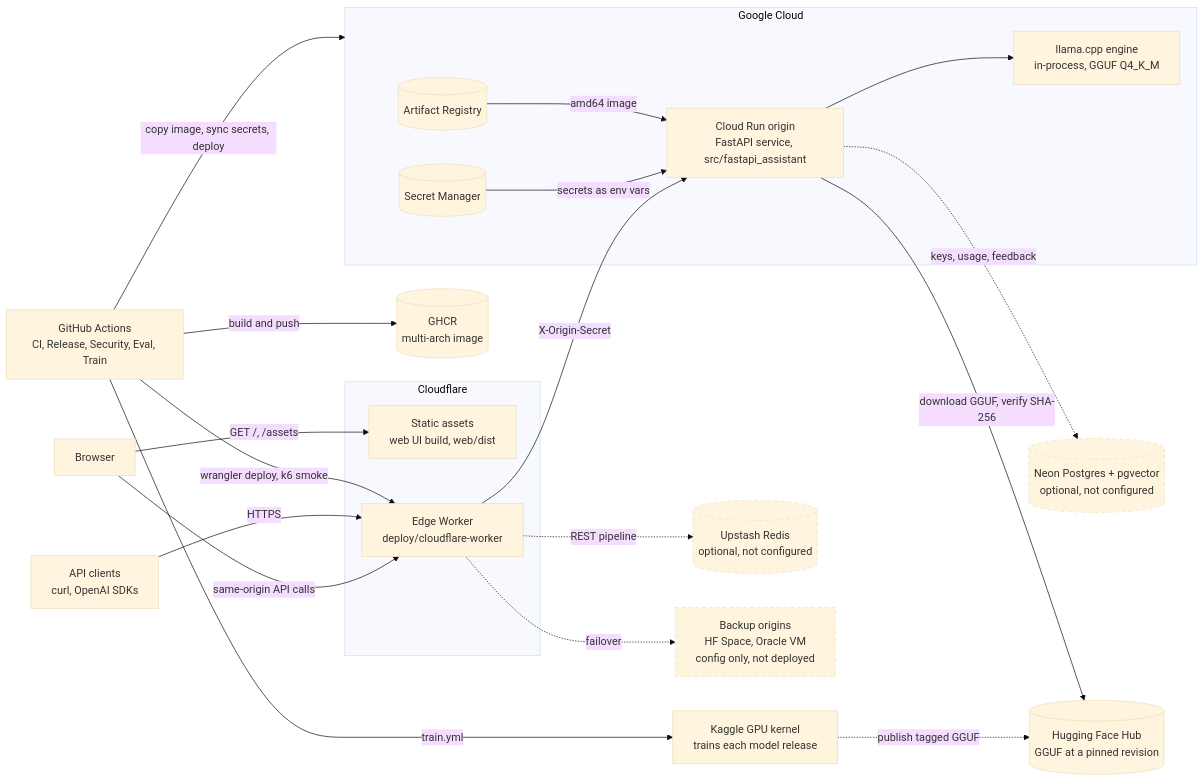
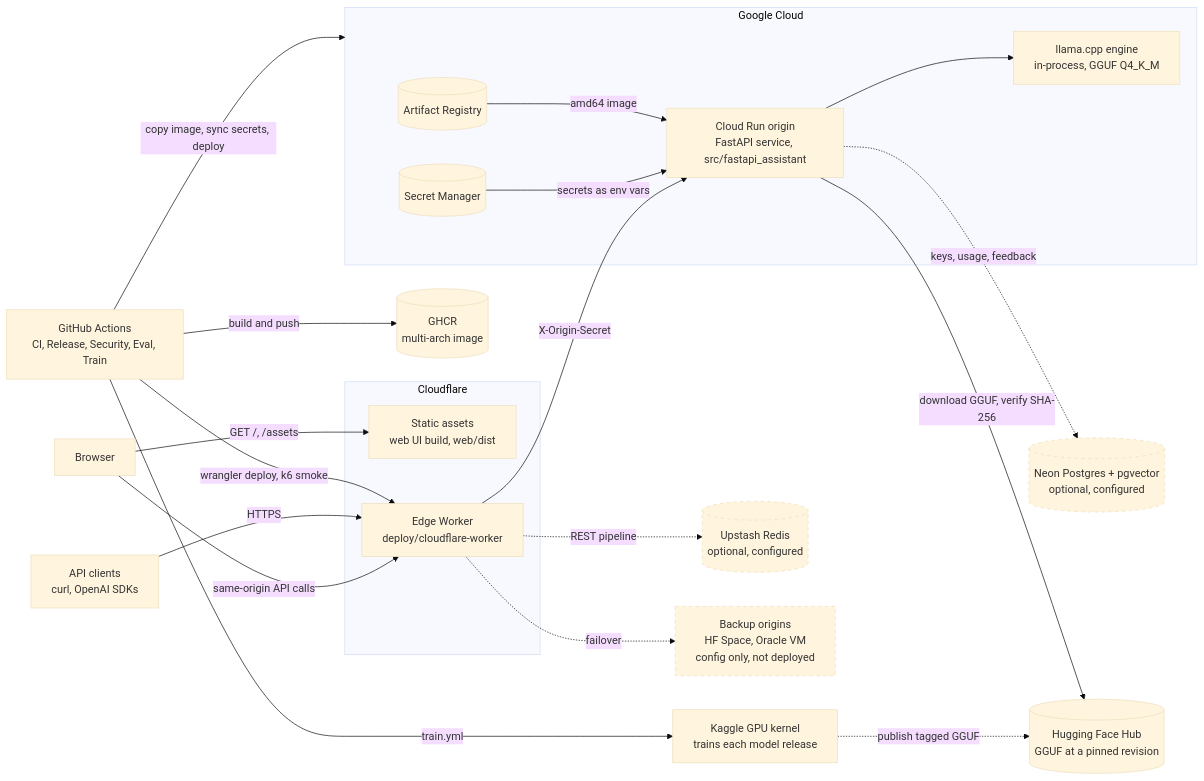
One commit to syed-waleed-ahmed/Niche-Finetuned-Model changed the diagram in docs/architecture/SYSTEM_ARCHITECTURE.md. Above: the diagram before and after it, drawn with Mermaid (base theme). The commit also changed 11 other files, not shown here.

First line of the commit message:
Docs: Upstash, Neon and Grafana Cloud are live

````diff
--- a/docs/architecture/SYSTEM_ARCHITECTURE.md
+++ b/docs/architecture/SYSTEM_ARCHITECTURE.md
@@ -44,46 +44,46 @@
 ```mermaid
 flowchart LR
     Client["API clients<br/>curl, OpenAI SDKs"]
     Browser["Browser"]
 
     subgraph CF["Cloudflare"]
         Assets["Static assets<br/>web UI build, web/dist"]
         Worker["Edge Worker<br/>deploy/cloudflare-worker"]
     end
 
-    Redis[("Upstash Redis<br/>optional, not configured")]
+    Redis[("Upstash Redis<br/>optional, configured")]
     Backup["Backup origins<br/>HF Space, Oracle VM<br/>config only, not deployed"]
 
     subgraph GCP["Google Cloud"]
         Run["Cloud Run origin<br/>FastAPI service, src/fastapi_assistant"]
         Engine["llama.cpp engine<br/>in-process, GGUF Q4_K_M"]
         SM[("Secret Manager")]
         AR[("Artifact Registry")]
     end
 
-    PG[("Neon Postgres + pgvector<br/>optional, not configured")]
+    PG[("Neon Postgres + pgvector<br/>optional, configured")]
     Hub[("Hugging Face Hub<br/>GGUF at a pinned revision")]
     GHA["GitHub Actions<br/>CI, Release, Security, Eval, Train"]
     GHCR[("GHCR<br/>multi-arch image")]
     Kaggle["Kaggle GPU kernel<br/>trains each model release"]
 
     Browser -->|"GET /, /assets"| Assets
     Browser -->|"same-origin API calls"| Worker
     Client -->|HTTPS| Worker
     Worker -.->|"REST pipeline"| Redis
     Worker -->|"X-Origin-Secret"| Run
     Worker -.->|"failover"| Backup
     Run --> Engine
     Run -.->|"keys, usage, feedback"| PG
     Run -->|"download GGUF, verify SHA-256"| Hub
     SM -->|"secrets as env vars"| Run
     AR -->|"amd64 image"| Run
     GHA -->|"build and push"| GHCR
     GHA -->|"copy image, sync secrets, deploy"| GCP
     GHA -->|"wrangler deploy, k6 smoke"| Worker
     GHA -->|"train.yml"| Kaggle
     Kaggle -.->|"publish tagged GGUF"| Hub
 
     classDef optional stroke-dasharray: 5 5
     class Redis,Backup,PG optional
 ```
````
